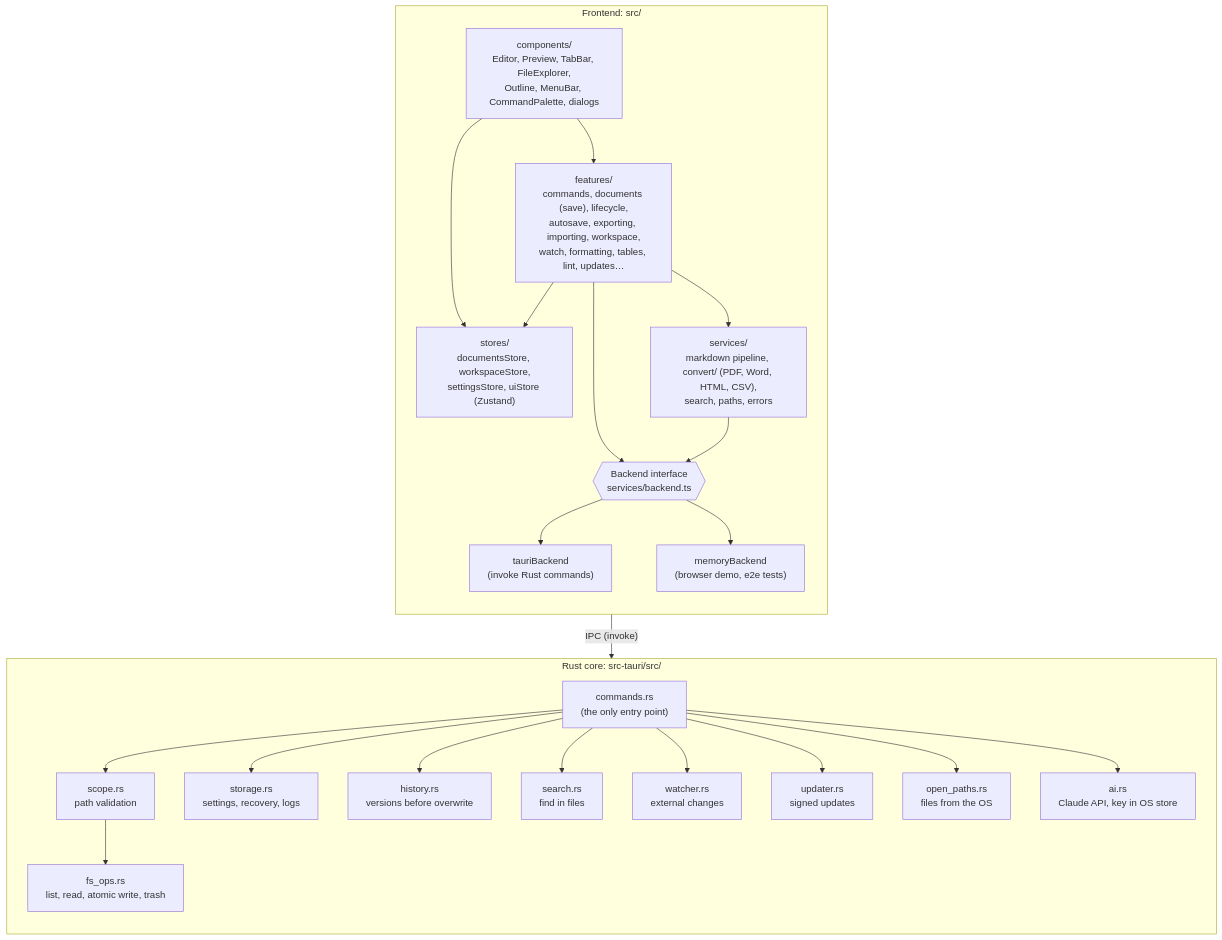
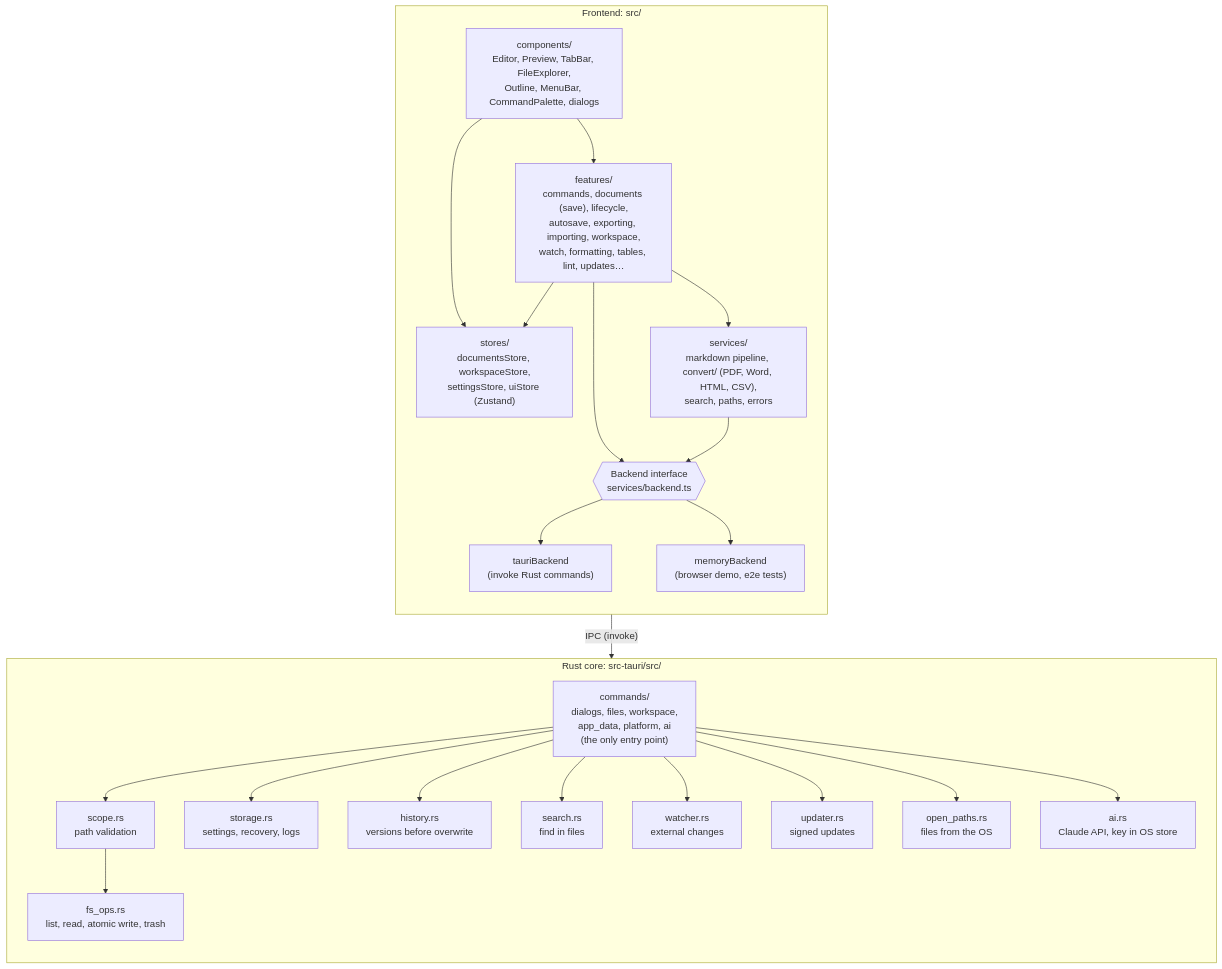
One commit to nasimuddin-dev/markdown-studio changed the second of 11 diagrams in docs/DESIGN.md. Above: the diagram before and after it, drawn with Mermaid. The commit also changed other lines of this file and 23 other files, not shown here.

First line of the commit message:
Architecture: backend interface by domain, capabilities, Rust commands per domain

````diff
--- a/docs/DESIGN.md
+++ b/docs/DESIGN.md
@@ -50,46 +50,46 @@
 ```mermaid
 flowchart TB
   subgraph FE[Frontend: src/]
     direction TB
     C["components/<br/>Editor, Preview, TabBar, FileExplorer,<br/>Outline, MenuBar, CommandPalette, dialogs"]
     F["features/<br/>commands, documents (save), lifecycle,<br/>autosave, exporting, importing, workspace,<br/>watch, formatting, tables, lint, updates…"]
     S["stores/<br/>documentsStore, workspaceStore,<br/>settingsStore, uiStore (Zustand)"]
     SV["services/<br/>markdown pipeline, convert/ (PDF, Word, HTML, CSV),<br/>search, paths, errors"]
     B{{"Backend interface<br/>services/backend.ts"}}
     TB["tauriBackend<br/>(invoke Rust commands)"]
     MB["memoryBackend<br/>(browser demo, e2e tests)"]
     C --> F
     C --> S
     F --> S
     F --> SV
     F --> B
     SV --> B
     B --> TB
     B --> MB
   end
 
   subgraph RS[Rust core: src-tauri/src/]
     direction TB
-    CMD["commands.rs<br/>(the only entry point)"]
+    CMD["commands/<br/>dialogs, files, workspace,<br/>app_data, platform, ai<br/>(the only entry point)"]
     SC["scope.rs<br/>path validation"]
     FS["fs_ops.rs<br/>list, read, atomic write, trash"]
     ST["storage.rs<br/>settings, recovery, logs"]
     HI["history.rs<br/>versions before overwrite"]
     SE["search.rs<br/>find in files"]
     WA["watcher.rs<br/>external changes"]
     UP["updater.rs<br/>signed updates"]
     OP["open_paths.rs<br/>files from the OS"]
     AI["ai.rs<br/>Claude API, key in OS store"]
     CMD --> SC
     SC --> FS
     CMD --> ST
     CMD --> HI
     CMD --> SE
     CMD --> WA
     CMD --> UP
     CMD --> OP
     CMD --> AI
   end
 
   TB -->|"IPC (invoke)"| CMD
 ```
````
